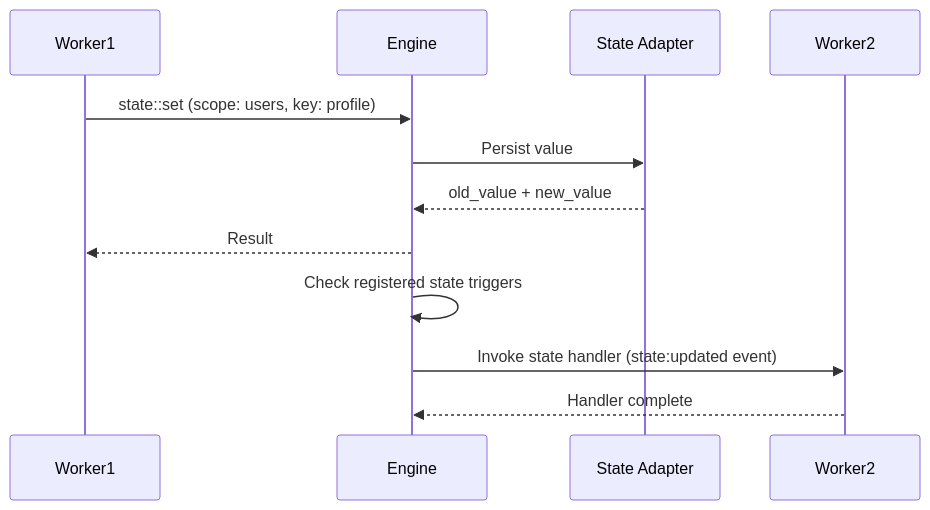
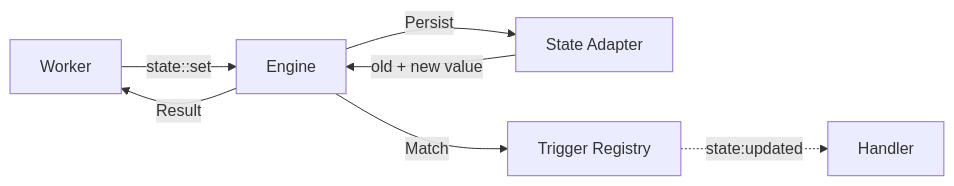
Before and after one commit to iii-hq/docs: the second of 2 diagrams in content/modules/module-state.mdx, drawn with Mermaid. The commit also changed other lines of this file and 21 other files, not shown here.

First line of the commit message:
feat: docs overhaul: missing architecture, rust, python, etc (#46)

````diff
--- a/content/modules/module-state.mdx
+++ b/content/modules/module-state.mdx
@@ -319,16 +464,9 @@
 ```mermaid
-sequenceDiagram
-    participant W1 as Worker1
-    participant E as Engine
-    participant S as State Adapter
-    participant W2 as Worker2
-
-    W1->>E: state::set (scope: users, key: profile)
-    E->>S: Persist value
-    S-->>E: old_value + new_value
-    E-->>W1: Result
-
-    E->>E: Check registered state triggers
-    E->>W2: Invoke state handler (state:updated event)
-    W2-->>E: Handler complete
+graph LR
+    W1[Worker] -->|state::set| E[Engine]
+    E -->|Persist| S[State Adapter]
+    S -->|old + new value| E
+    E -->|Result| W1
+    E -->|Match| T[Trigger Registry]
+    T -.->|state:updated| W2[Handler]
 ```
````
